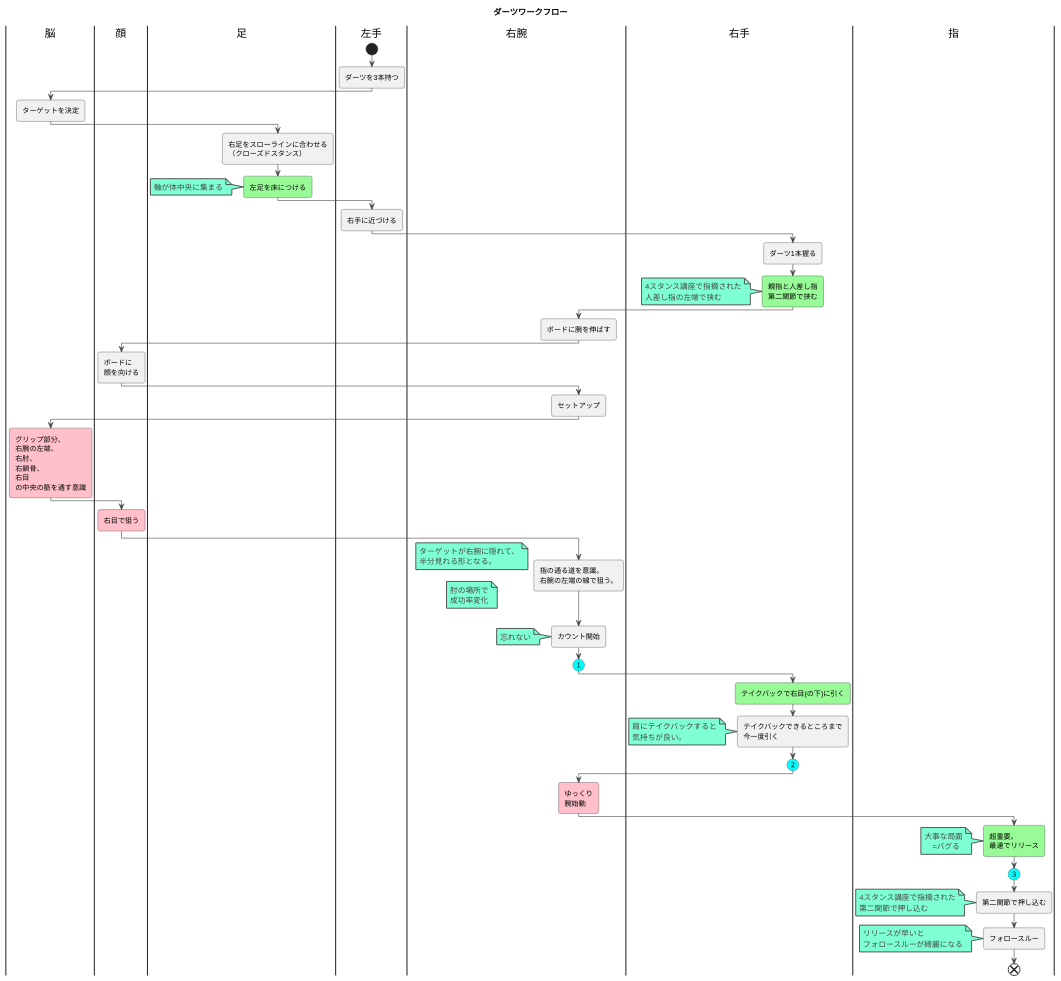
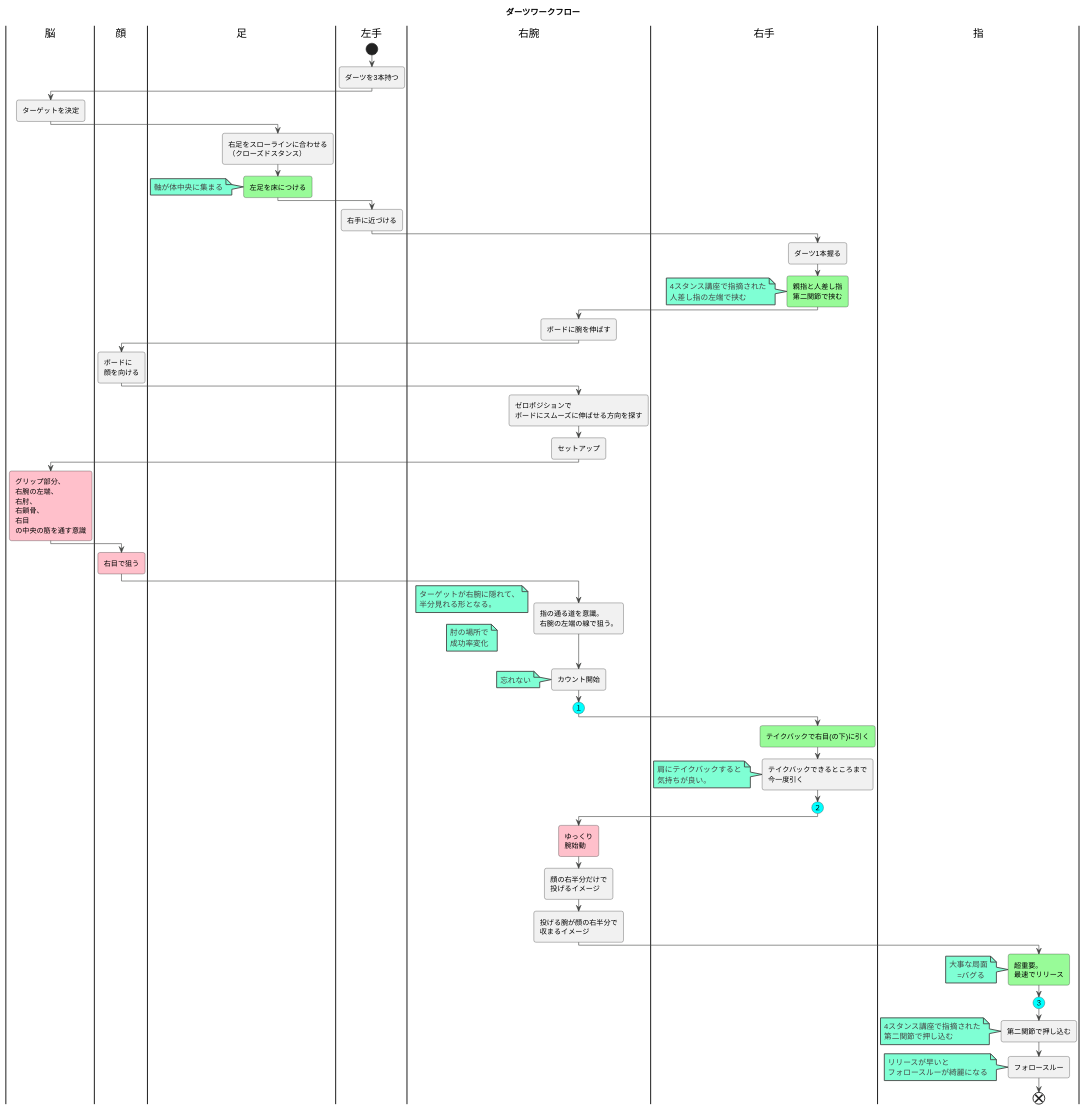
Before and after one commit to darts-cloud/dartsFlow: the diagram in dartsFlow.plantuml, drawn with PlantUML.

Commit message:
dartsFlow.plantuml を更新

```diff
--- a/dartsFlow.plantuml
+++ b/dartsFlow.plantuml
@@ -1,136 +1,142 @@
 @startuml
 title ダーツワークフロー
 
 
 
 !theme vibrant
 
 |脳|
 |顔|
 |足|
 |左手|
 |右腕|
 |左手|
 start
 :ダーツを3本持つ;
 |脳|
 :ターゲットを決定;
 |足|
 :右足をスローラインに合わせる
 （クローズドスタンス）;
 #palegreen:左足を床につける;
 note
   軸が体中央に集まる
 end note
 /'
 ################
 ##pink:左足を右足よりも
 #後ろに下げる;
 ################
 '/
 
 |左手|
 :右手に近づける;
 |右手|
 :ダーツ1本握る;
 #palegreen:親指と人差し指
 第二関節で挟む;
 note
   4スタンス講座で指摘された
   人差し指の左端で挟む
 end note
 
 |右腕|
 :ボードに腕を伸ばす;
 
 |顔|
 :ボードに
 顔を向ける;
 |右腕|
+:ゼロポジションで
+ボードにスムーズに伸ばせる方向を探す;
 :セットアップ;
 |脳|
 #pink:グリップ部分、
 右腕の左端、
 右肘、
 右鎖骨、
 右目
 の中央の筋を通す意識;
 |顔|
 #pink:右目で狙う;
 |右腕|
 :指の通る道を意識。
 右腕の左端の線で狙う。;
 note
 ターゲットが右腕に隠れて、
 半分見れる形となる。
 end note
 
 note
 肘の場所で
 成功率変化
 end note
 
 |右腕|
 :カウント開始;
 
 note
     忘れない
 end note
 
 
 #Aqua:(１)
 
 |右手|
 
 #palegreen:テイクバックで右目(の下)に引く;
 
 :テイクバックできるところまで
 今一度引く;
 
 note
     肩にテイクバックすると
     気持ちが良い。
 end note
 
 #Aqua:(２)
 
 /'
 #pink:肘固定意識;
 note
     固定が甘い
     →飛ばない
 end note
 #pink:肘の裏側意識;
 note
     指の道が
     肘の左側
 end note
 '/
 
 |右腕|
 #pink:ゆっくり
 腕始動;
+:顔の右半分だけで
+投げるイメージ;
+:投げる腕が顔の右半分で
+収まるイメージ;
 |指|
 #palegreen:超重要。
 最速でリリース;
 note
     大事な局面
         =バグる 
 end note
 
 #Aqua:(３)
 
 :第二関節で押し込む;
 note
   4スタンス講座で指摘された
   第二関節で押し込む
 end note
 
 :フォロースルー;
 note
   リリースが早いと
   フォロースルーが綺麗になる
 end note
 
 end
 @enduml
```
